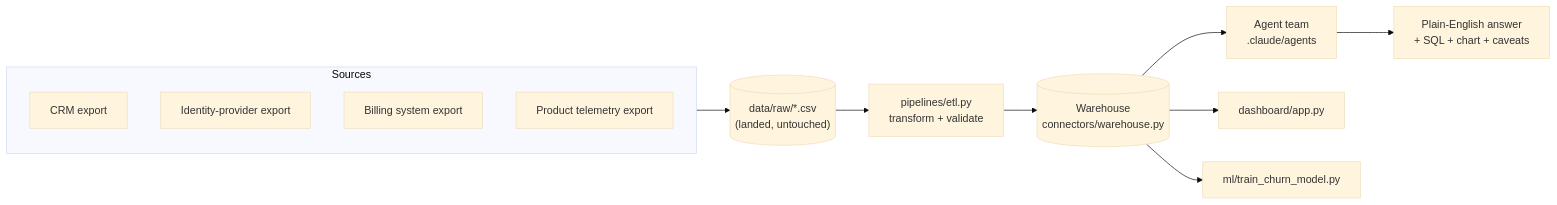
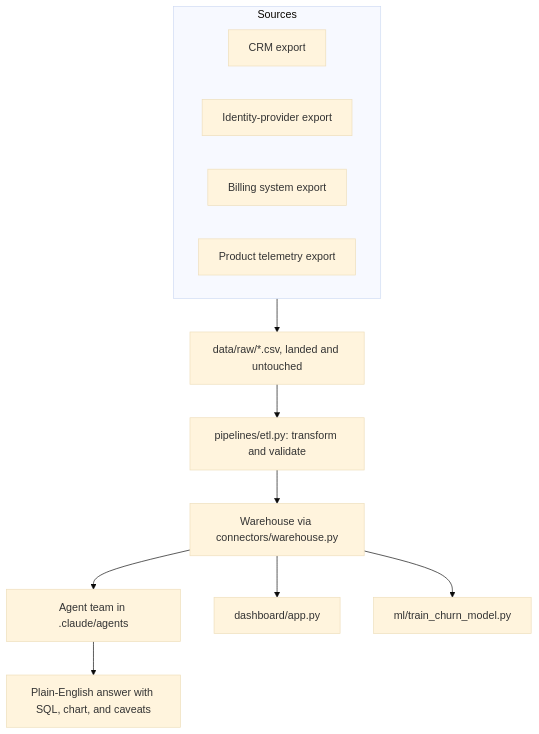
One commit to rithikahaha/AI-Data-Analyst-Claude-Code changed the diagram in docs/ARCHITECTURE.md. Above: the diagram before and after it, drawn with Mermaid (base theme). The commit also changed 1 other file, not shown here.

Commit message:
Fix mermaid diagrams and drop the Google cert namedrop
Both diagrams (README and ARCHITECTURE.md) used flowchart LR with
multi-line (\n) labels and, in ARCHITECTURE.md, nested parentheses
inside cylinder-shape node syntax, both of which render inconsistently
or get clipped depending on the viewer. Switched both to flowchart TD
with single-line, plain-rectangle labels. Also removed the explicit
Google Data Analytics Certificate reference from the README, the
Ask/Prepare/Process/Analyze/Share/Act structure stays, just without
naming the source.

````diff
--- a/docs/ARCHITECTURE.md
+++ b/docs/ARCHITECTURE.md
@@ -9,16 +9,16 @@
 ```mermaid
-flowchart LR
+flowchart TD
     subgraph Sources
         CRM[CRM export]
         Identity[Identity-provider export]
         Billing[Billing system export]
         Product[Product telemetry export]
     end
-    Sources --> Raw[("data/raw/*.csv\n(landed, untouched)")]
-    Raw --> ETL[pipelines/etl.py\ntransform + validate]
-    ETL --> WH[(Warehouse\nconnectors/warehouse.py)]
-    WH --> Agents[Agent team\n.claude/agents]
+    Sources --> Raw["data/raw/*.csv, landed and untouched"]
+    Raw --> ETL[pipelines/etl.py: transform and validate]
+    ETL --> WH[Warehouse via connectors/warehouse.py]
+    WH --> Agents[Agent team in .claude/agents]
     WH --> Dashboard[dashboard/app.py]
     WH --> Model[ml/train_churn_model.py]
-    Agents --> Answer["Plain-English answer\n+ SQL + chart + caveats"]
+    Agents --> Answer["Plain-English answer with SQL, chart, and caveats"]
 ```
````
